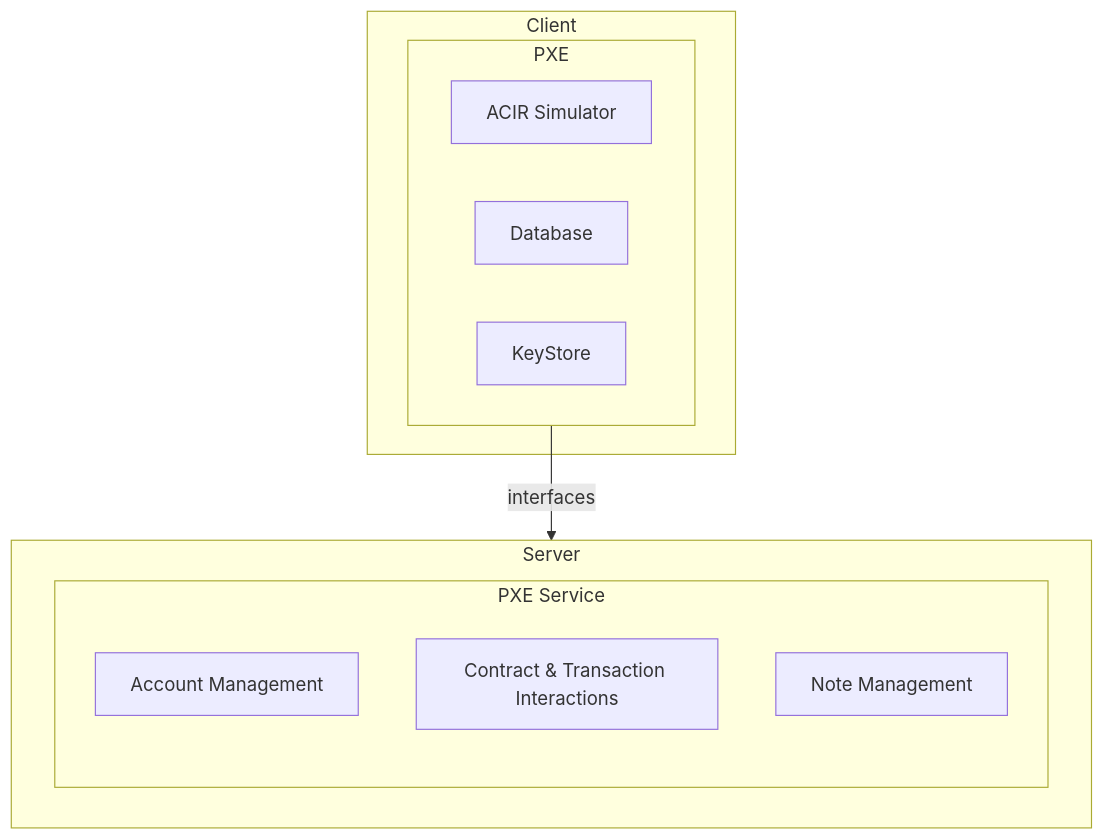
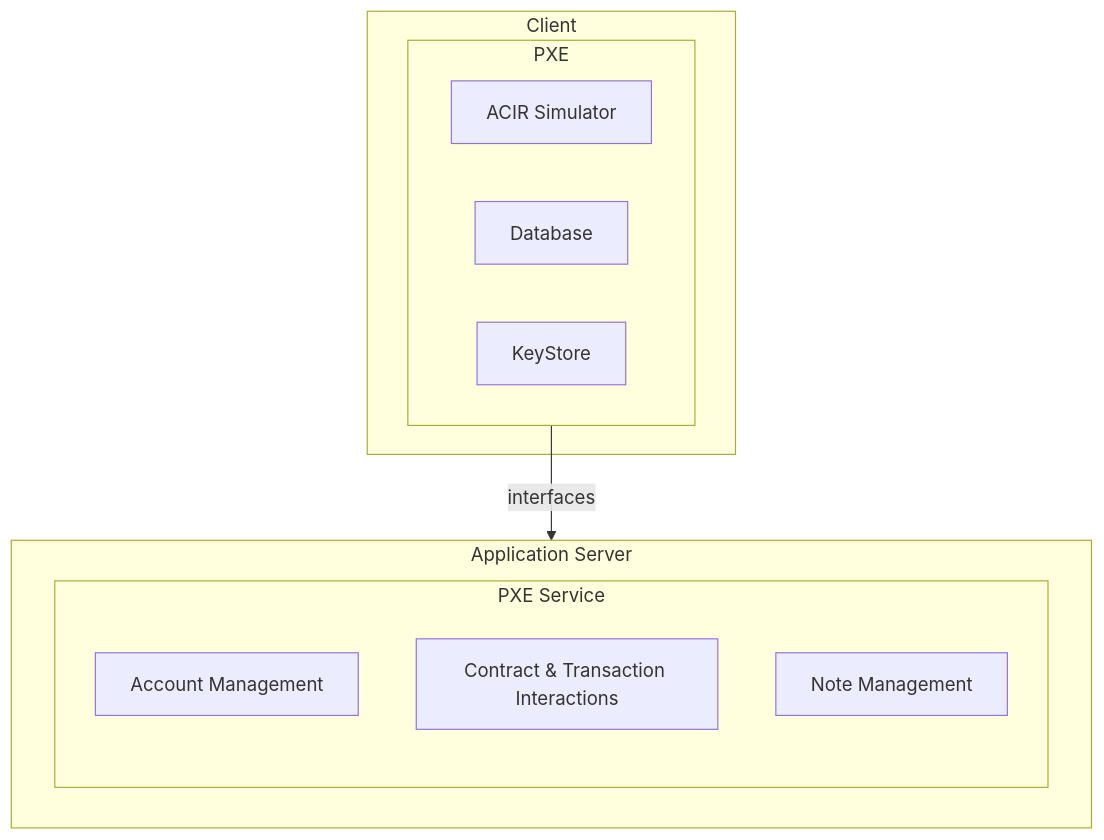
Before and after one commit to AztecProtocol/aztec-packages: the diagram in docs/docs/concepts/advanced/private_execution_environment.md, drawn with Mermaid. The commit also changed other lines of this file, not shown here.

````diff
--- a/docs/docs/concepts/advanced/private_execution_environment.md
+++ b/docs/docs/concepts/advanced/private_execution_environment.md
@@ -9,22 +9,22 @@
 ```mermaid
 graph TD;
 
     subgraph client[Client]
         subgraph pxe [PXE]
             acirSim[ACIR Simulator]
             db[Database]
             keyStore[KeyStore]
         end
     end
 
-    subgraph server[Server]
+    subgraph server[Application Server]
         subgraph pxeService [PXE Service]
             acctMgmt[Account Management]
             contractTxInteract[Contract & Transaction Interactions]
             noteMgmt[Note Management]
         end
     end
 
     pxe -->|interfaces| server
 
 ```
````
